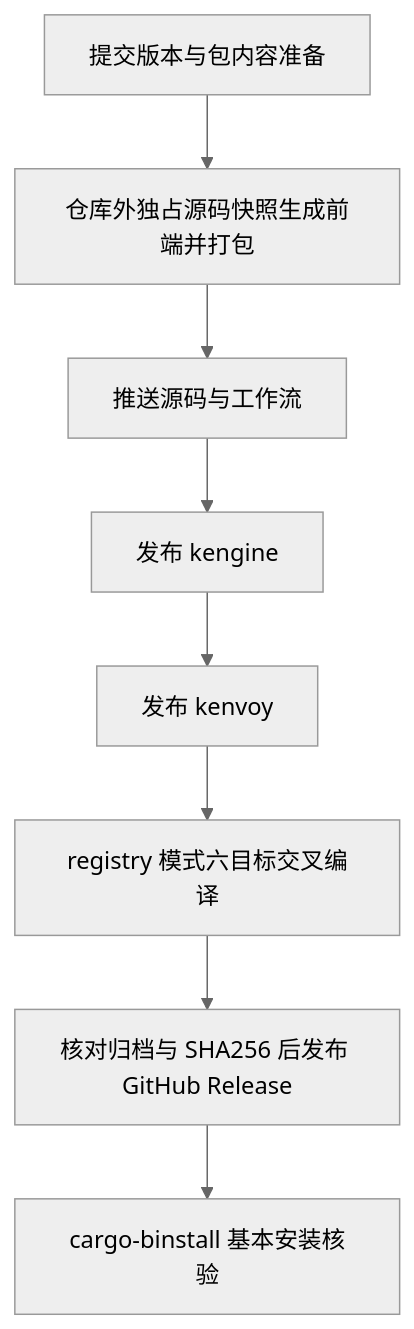
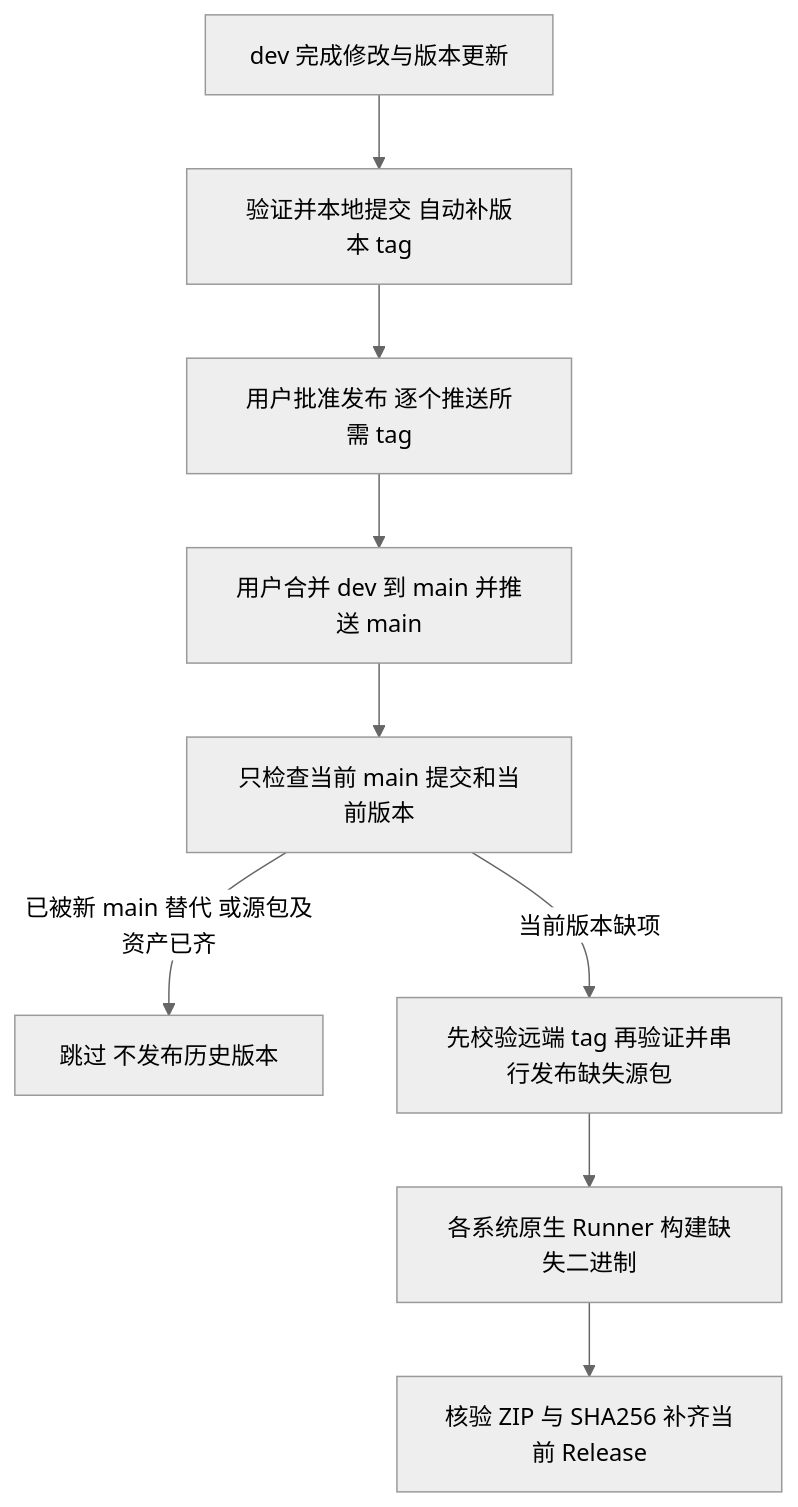
One commit to zerobiubiu/kenvoy changed the diagram in docs/operations/releasing.md. Above: the diagram before and after it, drawn with Mermaid (neutral theme). The commit also changed other lines of this file and 38 other files, not shown here.

Commit message:
统一 dev/main 发布规则并自动维护本地版本标签

````diff
--- a/docs/operations/releasing.md
+++ b/docs/operations/releasing.md
@@ -13,10 +48,11 @@
 ```mermaid
 flowchart TD
-  A[提交版本与包内容准备] --> B[仓库外独占源码快照生成前端并打包]
-  B --> C[推送源码与工作流]
-  C --> D[发布 kengine]
-  D --> E[发布 kenvoy]
-  E --> F[registry 模式六目标交叉编译]
-  F --> G[核对归档与 SHA256 后发布 GitHub Release]
-  G --> H[cargo-binstall 基本安装核验]
+  A[dev 完成修改与版本更新] --> B[验证并本地提交 自动补版本 tag]
+  B --> C[用户批准发布 逐个推送所需 tag]
+  C --> D[用户合并 dev 到 main 并推送 main]
+  D --> E[只检查当前 main 提交和当前版本]
+  E -->|已被新 main 替代 或源包及资产已齐| F[跳过 不发布历史版本]
+  E -->|当前版本缺项| G[先校验远端 tag 再验证并串行发布缺失源包]
+  G --> H[各系统原生 Runner 构建缺失二进制]
+  H --> I[核验 ZIP 与 SHA256 补齐当前 Release]
 ```
````
